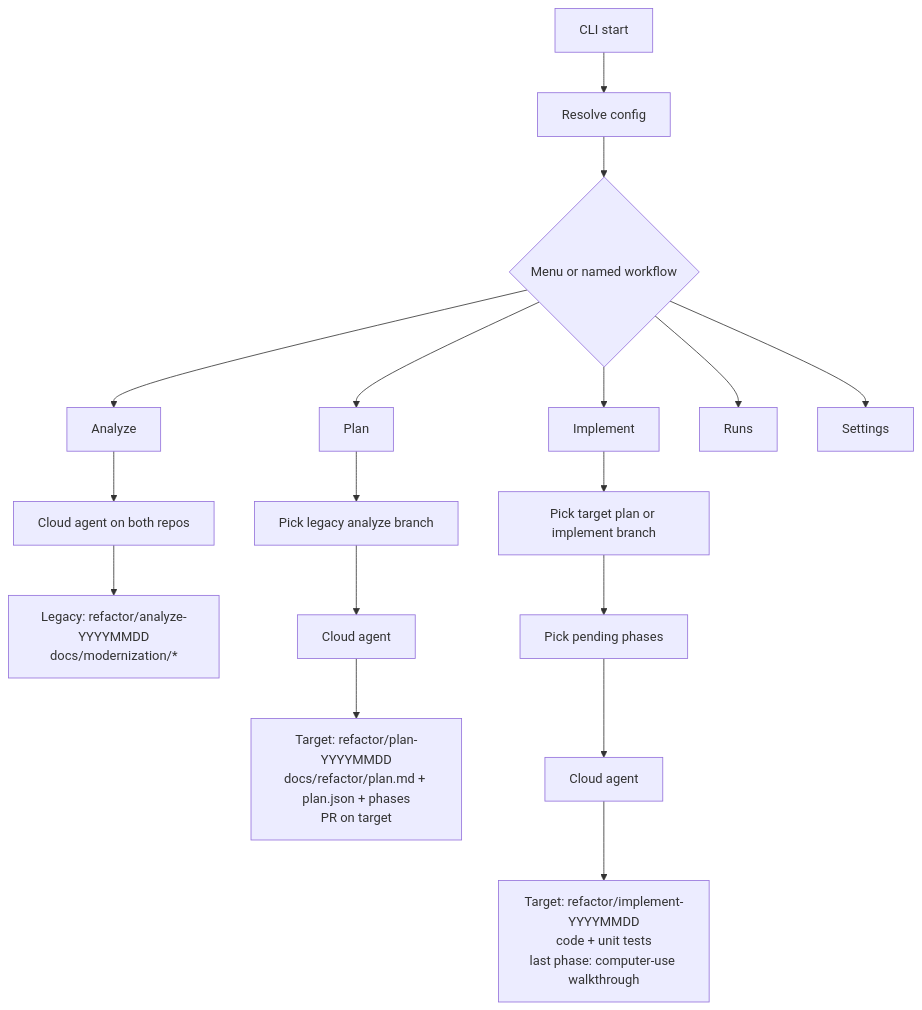
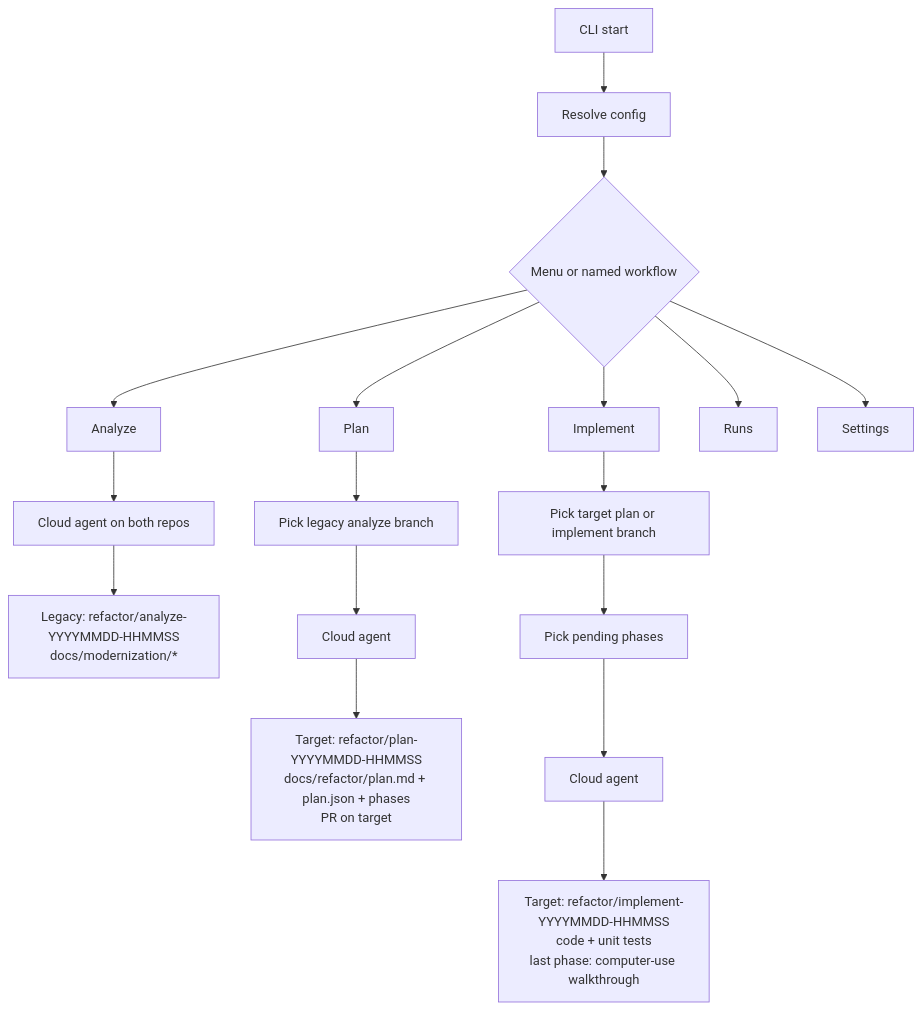
The diagram in docs/architecture.md (neerajmandal/enterprise-refactor), drawn with Mermaid before and after one commit. The commit also changed 6 other files, not shown here.

````diff
--- a/docs/architecture.md
+++ b/docs/architecture.md
@@ -5,22 +5,22 @@
 ```mermaid
 flowchart TB
     start[CLI start] --> resolve[Resolve config]
     resolve --> menu{Menu or named workflow}
     menu --> analyze[Analyze]
     menu --> plan[Plan]
     menu --> implement[Implement]
     menu --> runs[Runs]
     menu --> settings[Settings]
 
     analyze --> analyzeAgent[Cloud agent on both repos]
-    analyzeAgent --> analyzeOut["Legacy: refactor/analyze-YYYYMMDD<br/>docs/modernization/*"]
+    analyzeAgent --> analyzeOut["Legacy: refactor/analyze-YYYYMMDD-HHMMSS<br/>docs/modernization/*"]
 
     plan --> pickAnalyze[Pick legacy analyze branch]
     pickAnalyze --> planAgent[Cloud agent]
-    planAgent --> planOut["Target: refactor/plan-YYYYMMDD<br/>docs/refactor/plan.md + plan.json + phases<br/>PR on target"]
+    planAgent --> planOut["Target: refactor/plan-YYYYMMDD-HHMMSS<br/>docs/refactor/plan.md + plan.json + phases<br/>PR on target"]
 
     implement --> pickPlan[Pick target plan or implement branch]
     pickPlan --> pickPhases[Pick pending phases]
     pickPhases --> implAgent[Cloud agent]
-    implAgent --> implOut["Target: refactor/implement-YYYYMMDD<br/>code + unit tests<br/>last phase: computer-use walkthrough"]
+    implAgent --> implOut["Target: refactor/implement-YYYYMMDD-HHMMSS<br/>code + unit tests<br/>last phase: computer-use walkthrough"]
 ```
````
